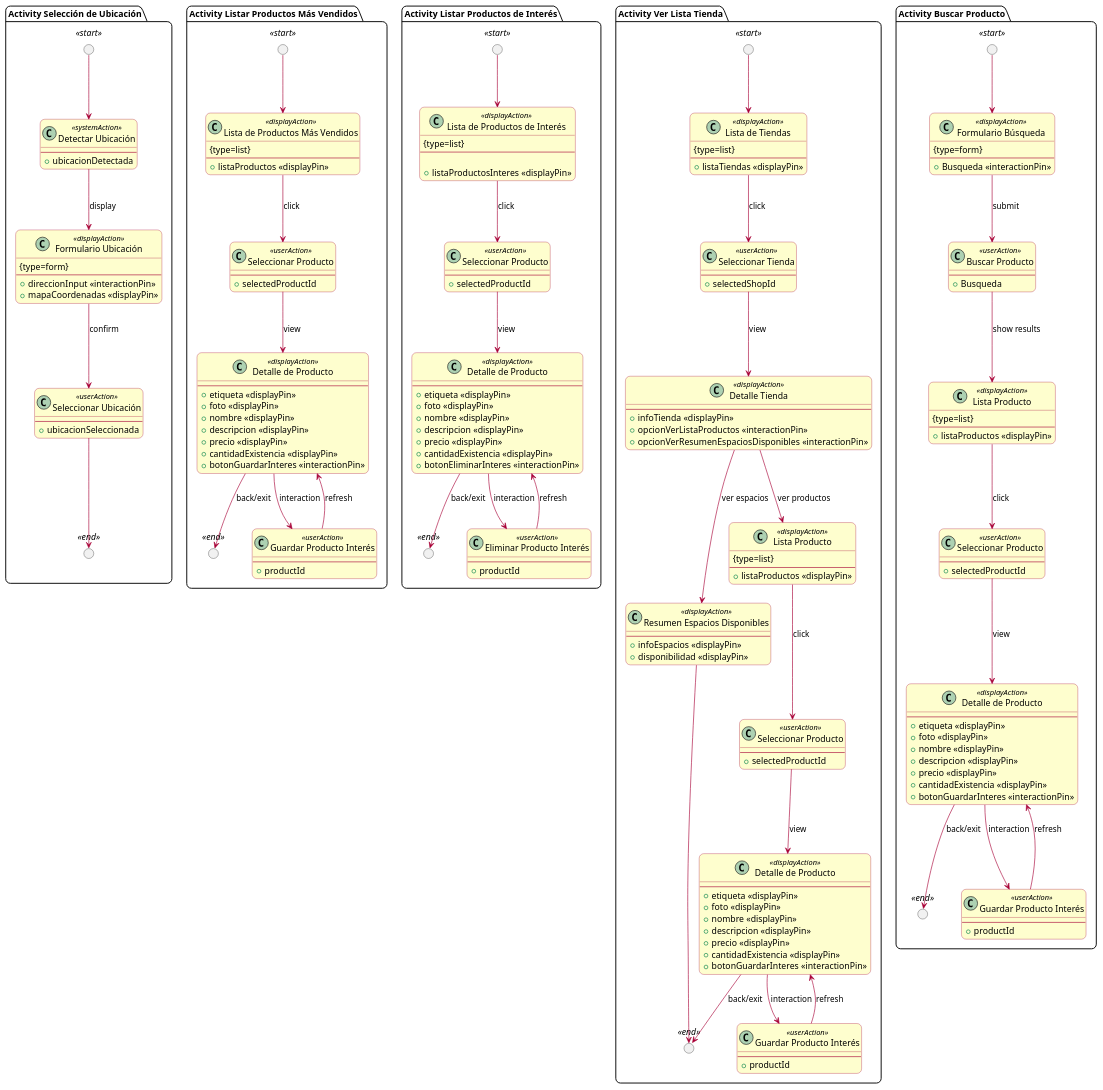
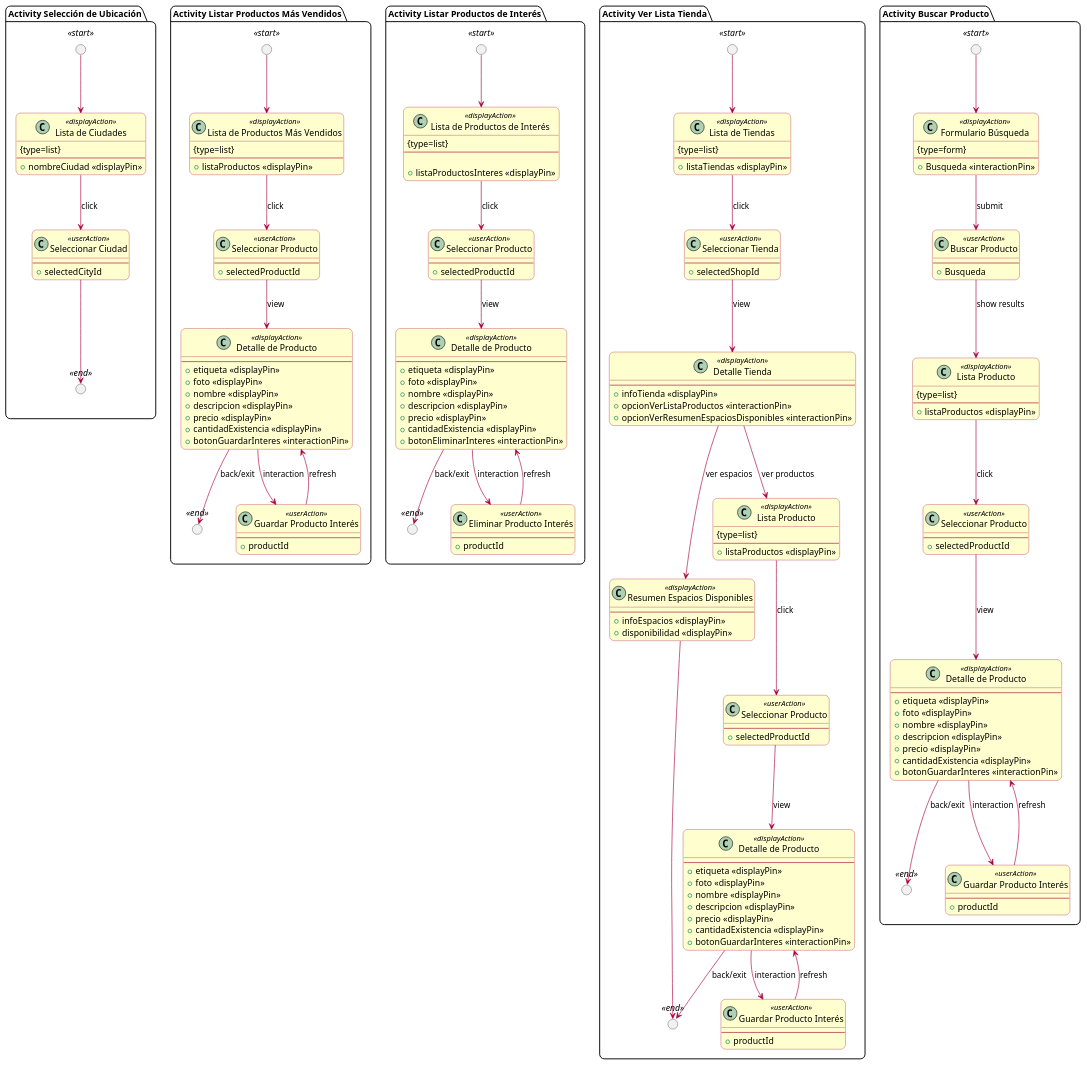
One commit to AtomicDevelopers/UWE-Tienda-Colectiva changed the diagram in Requirements Model/customer_user/Activites/customer_user_activites.puml. Above: the diagram before and after it, drawn with PlantUML.

Commit message:
Feat: ajuste de negocio de invitado a cliente v1.3

```diff
--- a/Requirements Model/customer_user/Activites/customer_user_activites.puml
+++ b/Requirements Model/customer_user/Activites/customer_user_activites.puml
@@ -36,27 +36,20 @@
   circle " " as Loc_Start <<start>>
   circle " " as Loc_End <<end>>
 
-  class "Detectar Ubicación" as Loc_Detect <<systemAction>> {
+  class "Lista de Ciudades" as City_List <<displayAction>> {
+    {type=list}
     --
-    + ubicacionDetectada
+    + nombreCiudad <<displayPin>>
   }
 
-  class "Formulario Ubicación" as Loc_Form <<displayAction>> {
-    {type=form}
+  class "Seleccionar Ciudad" as City_Select <<userAction>> {
     --
-    + direccionInput <<interactionPin>>
-    + mapaCoordenadas <<displayPin>>
+    + selectedCityId
   }
 
-  class "Seleccionar Ubicación" as Loc_Select <<userAction>> {
-    --
-    + ubicacionSeleccionada
-  }
-
-  Loc_Start --> Loc_Detect
-  Loc_Detect --> Loc_Form : display
-  Loc_Form --> Loc_Select : confirm
-  Loc_Select --> Loc_End
+  Loc_Start --> City_List
+  City_List --> City_Select : click
+  City_Select --> Loc_End
 }
 
 
```
